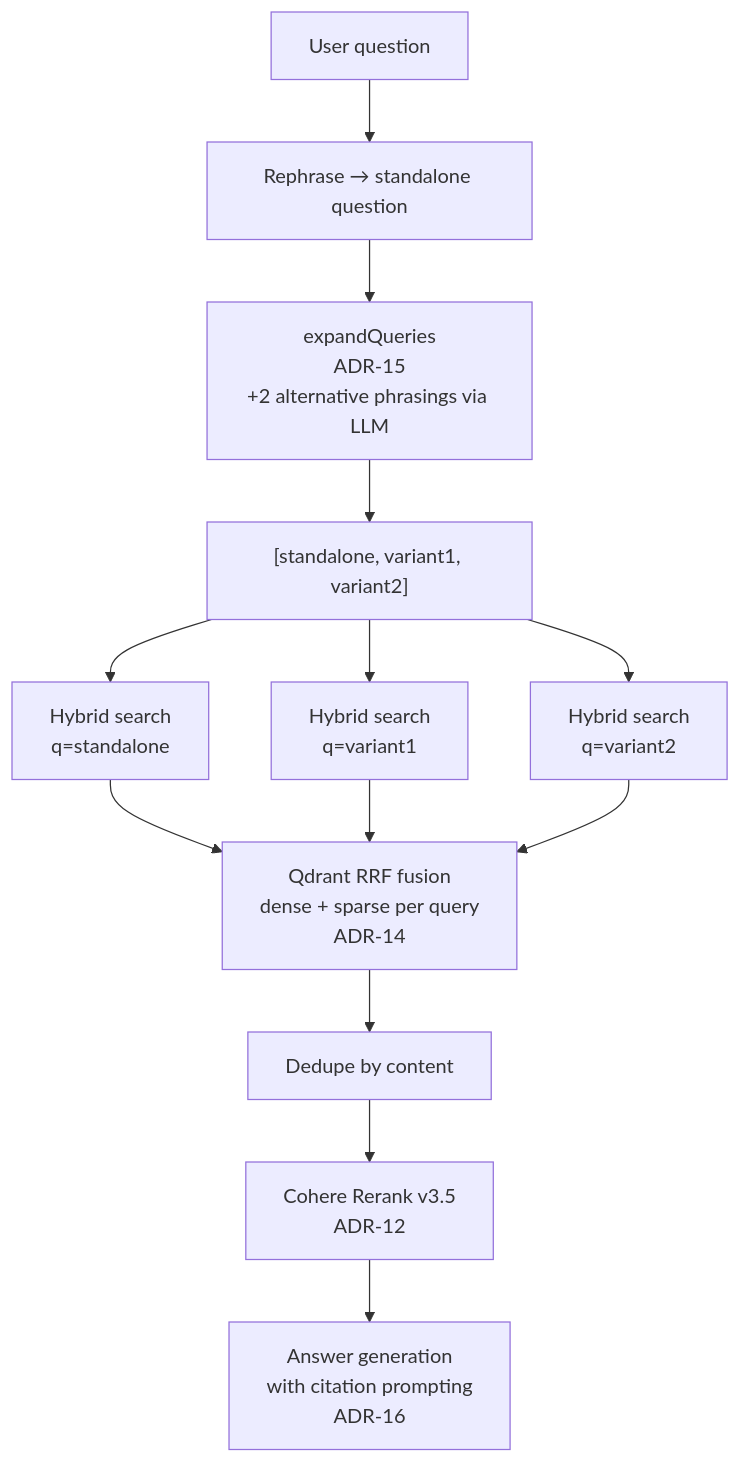
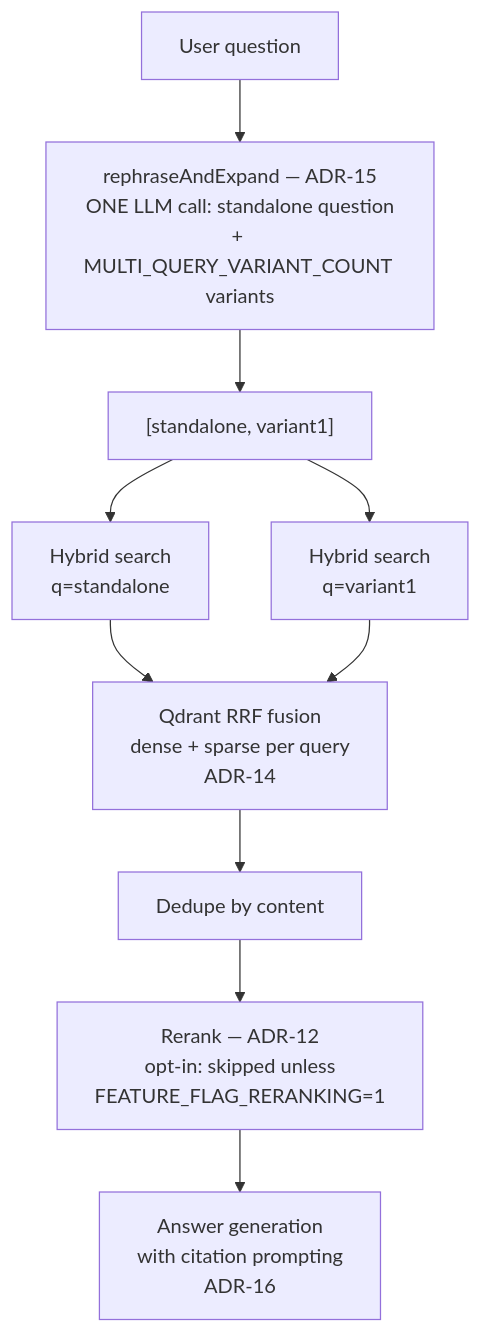
One commit to webamigos/RagenAI changed the second of 3 diagrams in docs/rag-pipeline.md. Above: the diagram before and after it, drawn with Mermaid. The commit also changed other lines of this file and 12 other files, not shown here.

````diff
--- a/docs/rag-pipeline.md
+++ b/docs/rag-pipeline.md
@@ -20,15 +20,12 @@
 ```mermaid
 flowchart TD
-    Q[User question] --> R[Rephrase → standalone question]
-    R --> X[expandQueries<br/>ADR-15<br/>+2 alternative phrasings via LLM]
-    X --> P["[standalone, variant1, variant2]"]
+    Q[User question] --> R["rephraseAndExpand — ADR-15<br/>ONE LLM call: standalone question<br/>+ MULTI_QUERY_VARIANT_COUNT variants"]
+    R --> P["[standalone, variant1]"]
     P --> S1[Hybrid search<br/>q=standalone]
     P --> S2[Hybrid search<br/>q=variant1]
-    P --> S3[Hybrid search<br/>q=variant2]
     S1 --> D1[Qdrant RRF fusion<br/>dense + sparse per query<br/>ADR-14]
     S2 --> D1
-    S3 --> D1
     D1 --> U[Dedupe by content]
-    U --> RR[Cohere Rerank v3.5<br/>ADR-12]
+    U --> RR["Rerank — ADR-12<br/>opt-in: skipped unless<br/>FEATURE_FLAG_RERANKING=1"]
     RR --> G[Answer generation<br/>with citation prompting<br/>ADR-16]
 ```
````
